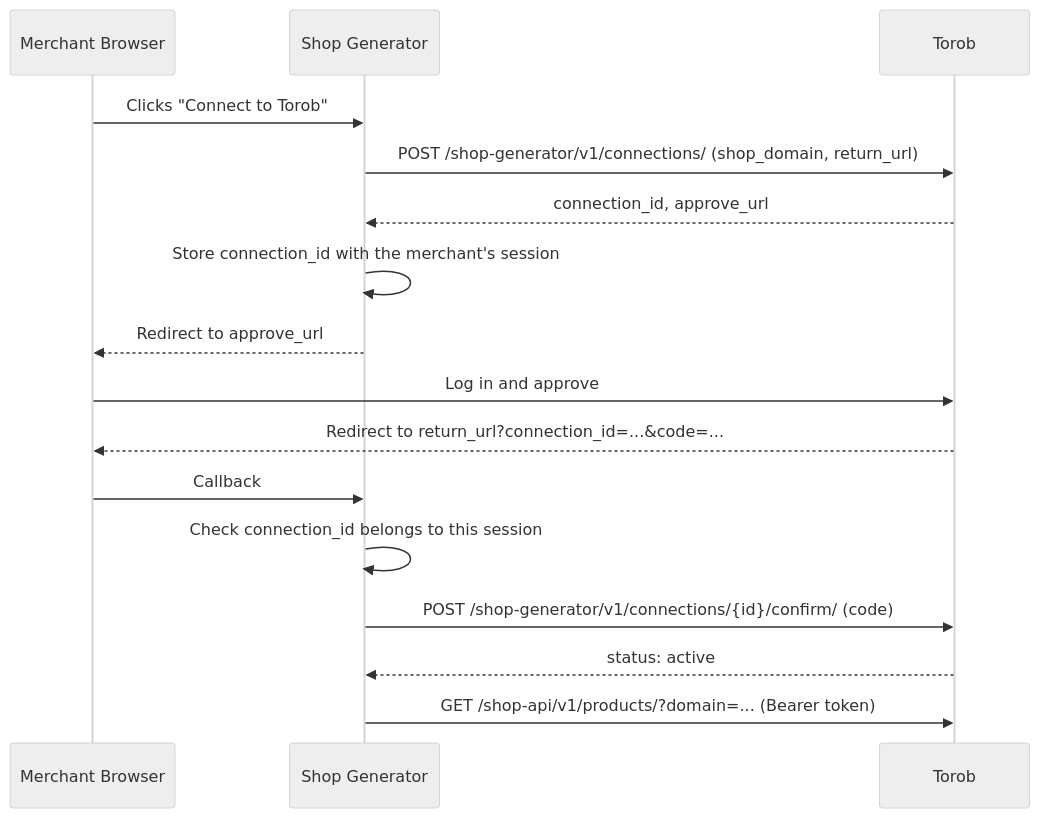
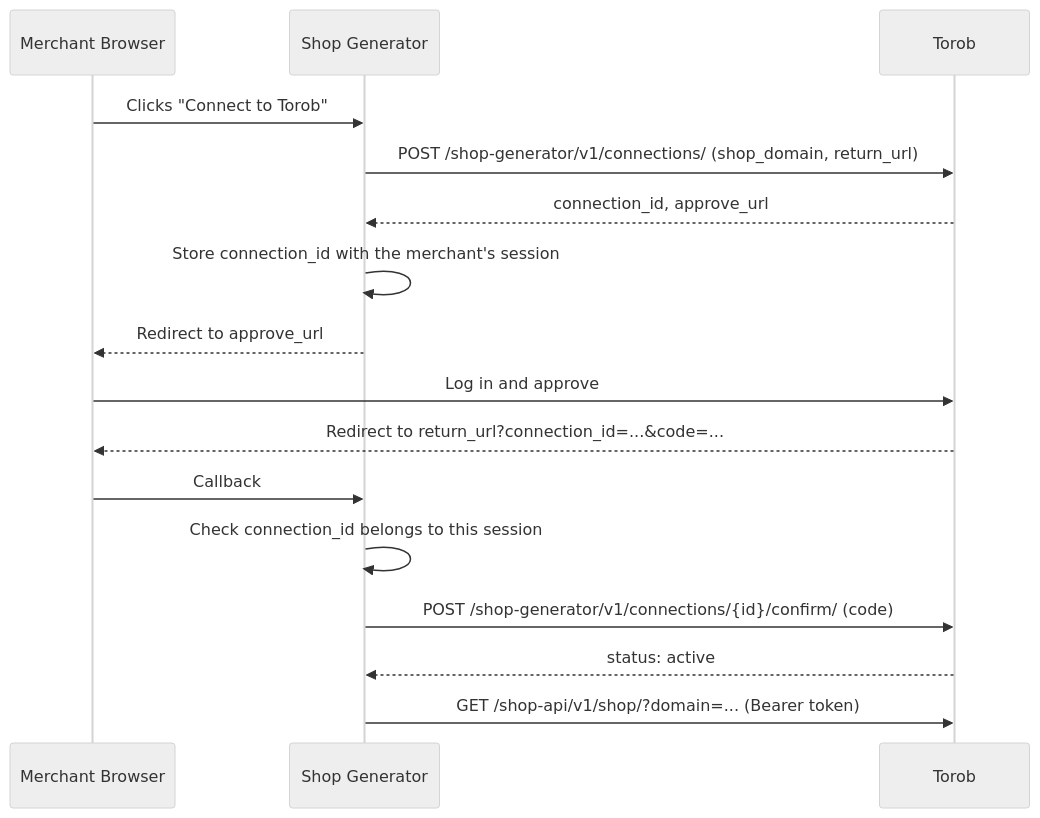
The diagram in shop_generator_connection.md (torob/Torob-Sync), drawn with Mermaid (neutral theme) before and after one commit. The commit also changed other lines of this file and 1 other file, not shown here.

Commit message:
Document shop status and the merged Shop API product list
- GET /shop/ returns shop_status and product_summary; GET /summary/ is gone
- POST /products/ takes product_ids, status, and updated_since in the body; GET /products/ is gone

````diff
--- a/shop_generator_connection.md
+++ b/shop_generator_connection.md
@@ -16,19 +16,19 @@
 ```mermaid
 sequenceDiagram
     participant Merchant Browser
     participant Shop Generator
     participant Torob
 
     Merchant Browser->>Shop Generator: Clicks "Connect to Torob"
     Shop Generator->>Torob: POST /shop-generator/v1/connections/ (shop_domain, return_url)
     Torob-->>Shop Generator: connection_id, approve_url
     Shop Generator->>Shop Generator: Store connection_id with the merchant's session
     Shop Generator-->>Merchant Browser: Redirect to approve_url
     Merchant Browser->>Torob: Log in and approve
     Torob-->>Merchant Browser: Redirect to return_url?connection_id=...&code=...
     Merchant Browser->>Shop Generator: Callback
     Shop Generator->>Shop Generator: Check connection_id belongs to this session
     Shop Generator->>Torob: POST /shop-generator/v1/connections/{id}/confirm/ (code)
     Torob-->>Shop Generator: status: active
-    Shop Generator->>Torob: GET /shop-api/v1/products/?domain=... (Bearer token)
+    Shop Generator->>Torob: GET /shop-api/v1/shop/?domain=... (Bearer token)
 ```
````
